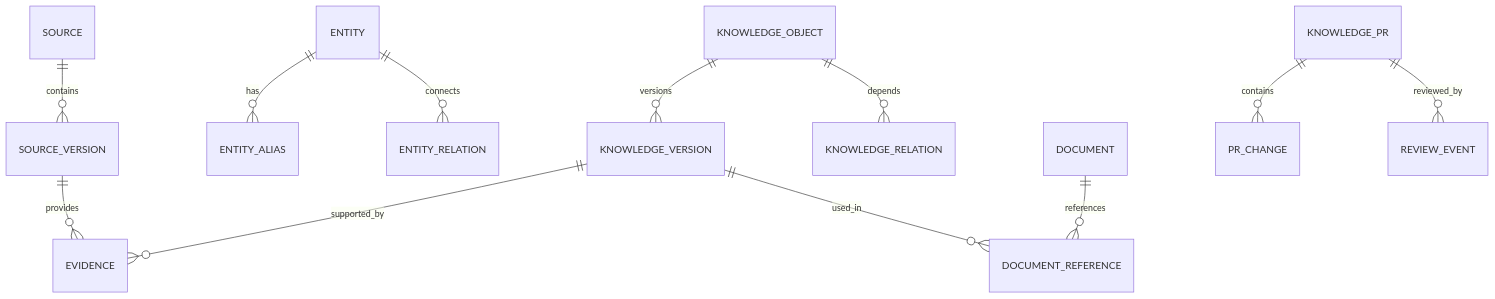
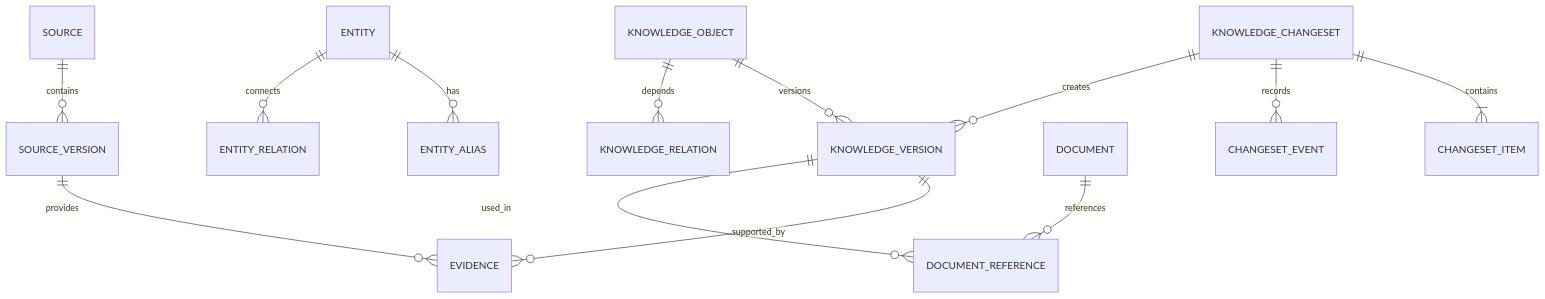
One commit to 0-virus/ZeroWiki changed the diagram in docs/MVP.md. Above: the diagram before and after it, drawn with Mermaid. The commit also changed other lines of this file, not shown here.

````diff
--- a/docs/MVP.md
+++ b/docs/MVP.md
@@ -728,14 +688,15 @@
 ```mermaid
 erDiagram
     SOURCE ||--o{ SOURCE_VERSION : contains
     ENTITY ||--o{ ENTITY_ALIAS : has
     KNOWLEDGE_OBJECT ||--o{ KNOWLEDGE_VERSION : versions
     KNOWLEDGE_VERSION ||--o{ EVIDENCE : supported_by
     SOURCE_VERSION ||--o{ EVIDENCE : provides
     ENTITY ||--o{ ENTITY_RELATION : connects
     KNOWLEDGE_OBJECT ||--o{ KNOWLEDGE_RELATION : depends
     DOCUMENT ||--o{ DOCUMENT_REFERENCE : references
     KNOWLEDGE_VERSION ||--o{ DOCUMENT_REFERENCE : used_in
-    KNOWLEDGE_PR ||--o{ PR_CHANGE : contains
-    KNOWLEDGE_PR ||--o{ REVIEW_EVENT : reviewed_by
+    KNOWLEDGE_CHANGESET ||--|{ CHANGESET_ITEM : contains
+    KNOWLEDGE_CHANGESET ||--o{ CHANGESET_EVENT : records
+    KNOWLEDGE_CHANGESET ||--o{ KNOWLEDGE_VERSION : creates
 ```
````
